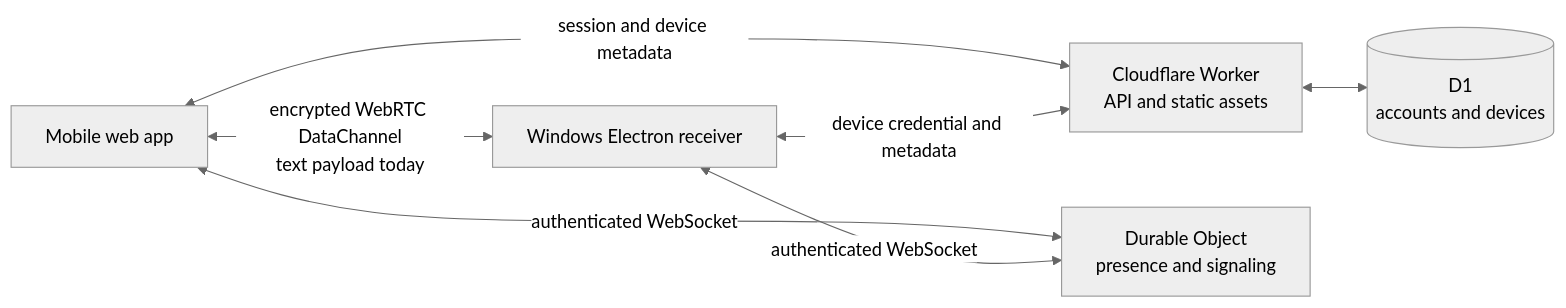
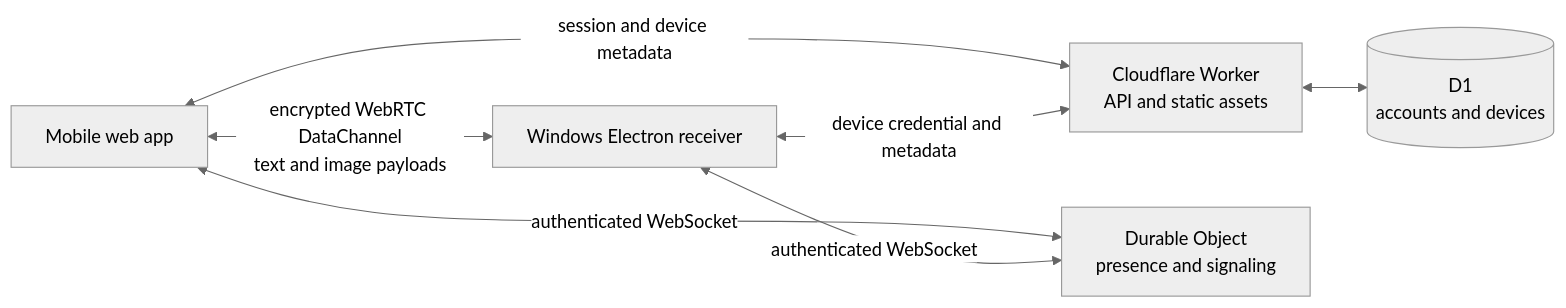
The diagram in docs/architecture.md (abdullah-mi/Copyrade), drawn with Mermaid (neutral theme) before and after one commit. The commit also changed other lines of this file and 17 other files, not shown here.

````diff
--- a/docs/architecture.md
+++ b/docs/architecture.md
@@ -9,15 +10,15 @@
 ```mermaid
 flowchart LR
     Phone[Mobile web app]
     Worker[Cloudflare Worker<br/>API and static assets]
     D1[(D1<br/>accounts and devices)]
     DO[Durable Object<br/>presence and signaling]
     PC[Windows Electron receiver]
 
     Phone <-->|session and device metadata| Worker
     PC <-->|device credential and metadata| Worker
     Worker <--> D1
     Phone <-->|authenticated WebSocket| DO
     PC <-->|authenticated WebSocket| DO
-    Phone <-->|encrypted WebRTC DataChannel<br/>text payload today| PC
+    Phone <-->|encrypted WebRTC DataChannel<br/>text and image payloads| PC
 ```
````
